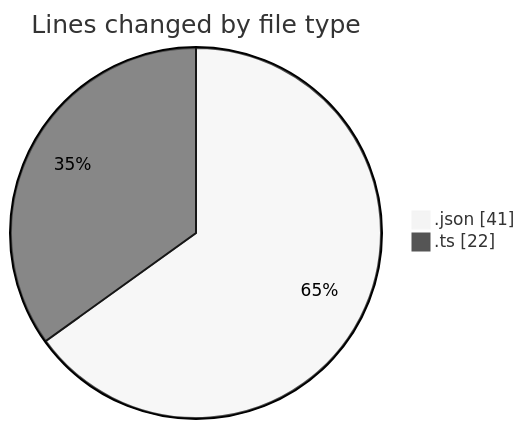
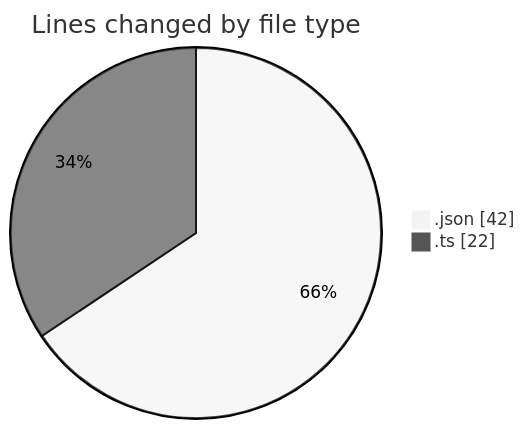
The first of 2 diagrams in 2025-05-22/expensetracker/README.md (Ritupan-Deka/code-tracking), drawn with Mermaid (neutral theme) before and after one commit. The commit also changed other lines of this file and 1 other file, not shown here.

````diff
--- a/2025-05-22/expensetracker/README.md
+++ b/2025-05-22/expensetracker/README.md
@@ -22,6 +22,6 @@
 ```mermaid
 pie showData
 title Lines changed by file type
-".json" : 41
+".json" : 42
 ".ts" : 22
 ```
````
